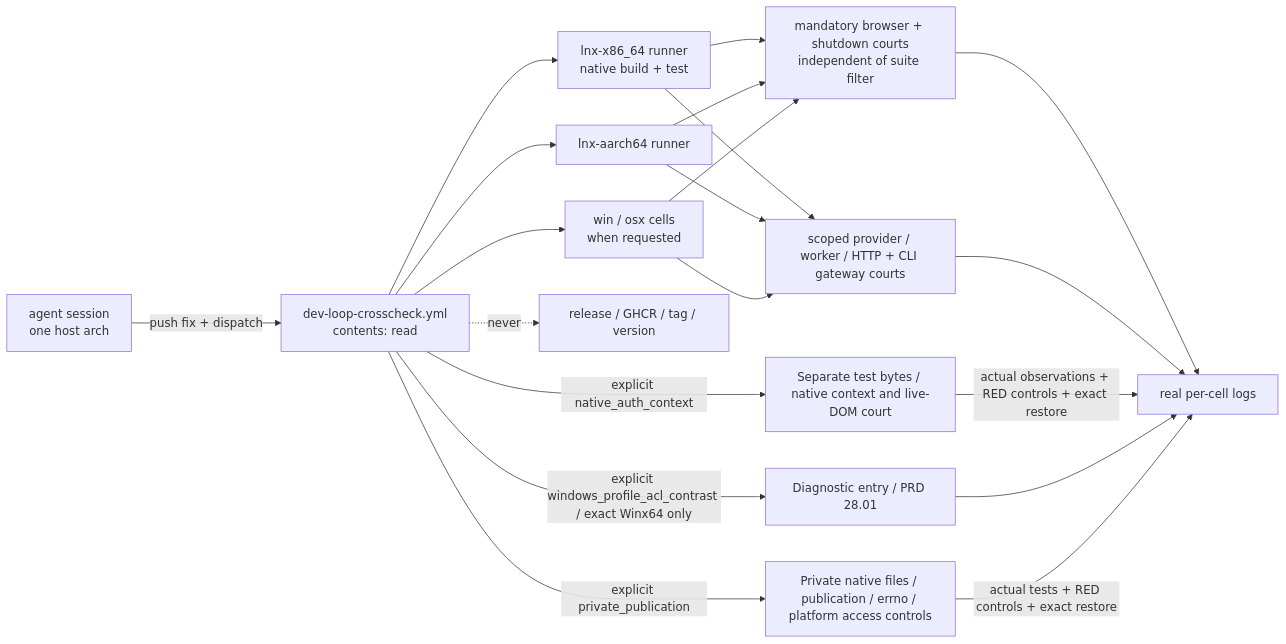
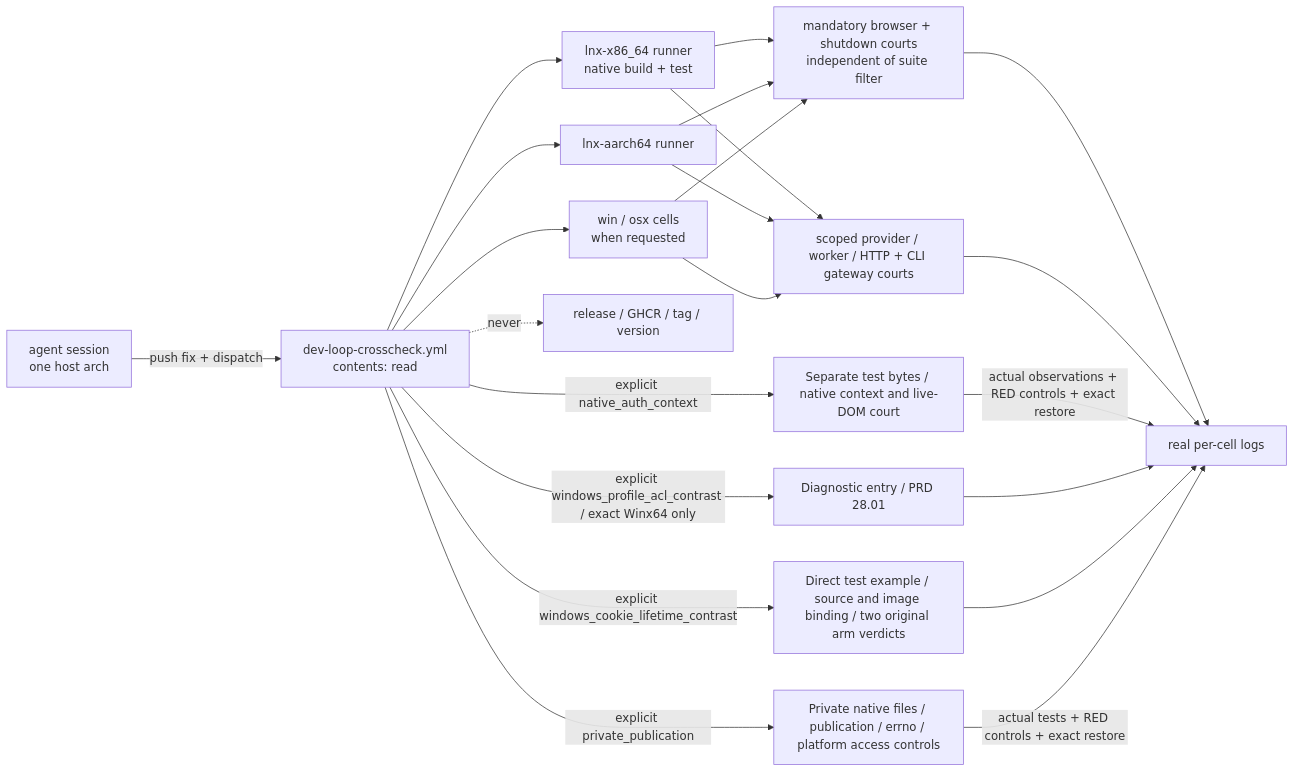
One commit to partnernetsoftware/minicon changed the diagram in prd/PRD_02_32_dev_loop_crosscheck.md. Above: the diagram before and after it, drawn with Mermaid. The commit also changed other lines of this file and 18 other files, not shown here.

First line of the commit message:
test: compare Windows browser lifetimes with original storage checks

````diff
--- a/prd/PRD_02_32_dev_loop_crosscheck.md
+++ b/prd/PRD_02_32_dev_loop_crosscheck.md
@@ -48,18 +53,20 @@
 ```mermaid
 flowchart LR
     A["agent session<br/>one host arch"] -->|push fix + dispatch| W["dev-loop-crosscheck.yml<br/>contents: read"]
     W --> C1["lnx-x86_64 runner<br/>native build + test"]
     W --> C2["lnx-aarch64 runner"]
     W --> C3["win / osx cells<br/>when requested"]
     C1 & C2 & C3 --> M["mandatory browser + shutdown courts<br/>independent of suite filter"]
     M --> L["real per-cell logs"]
     C1 & C2 & C3 --> G["scoped provider / worker / HTTP + CLI gateway courts"]
     G --> L
     W -->|explicit native_auth_context| T[Separate test bytes / native context and live-DOM court]
     T -->|actual observations + RED controls + exact restore| L
     W -->|explicit windows_profile_acl_contrast / exact Winx64 only| ACL[Diagnostic entry / PRD 28.01]
     ACL --> L
+    W -->|explicit windows_cookie_lifetime_contrast| LC[Direct test example / source and image binding / two original arm verdicts]
+    LC --> L
     W -->|explicit private_publication| PP[Private native files / publication / errno / platform access controls]
     PP -->|actual tests + RED controls + exact restore| L
     W -. never .-> R["release / GHCR / tag / version"]
 ```
````
